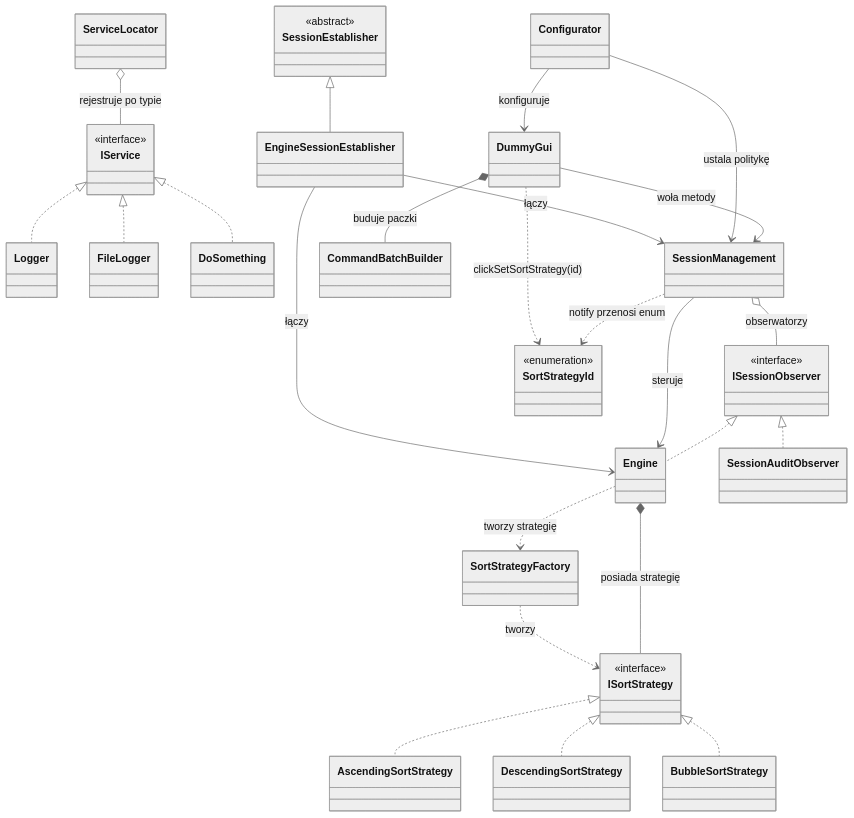
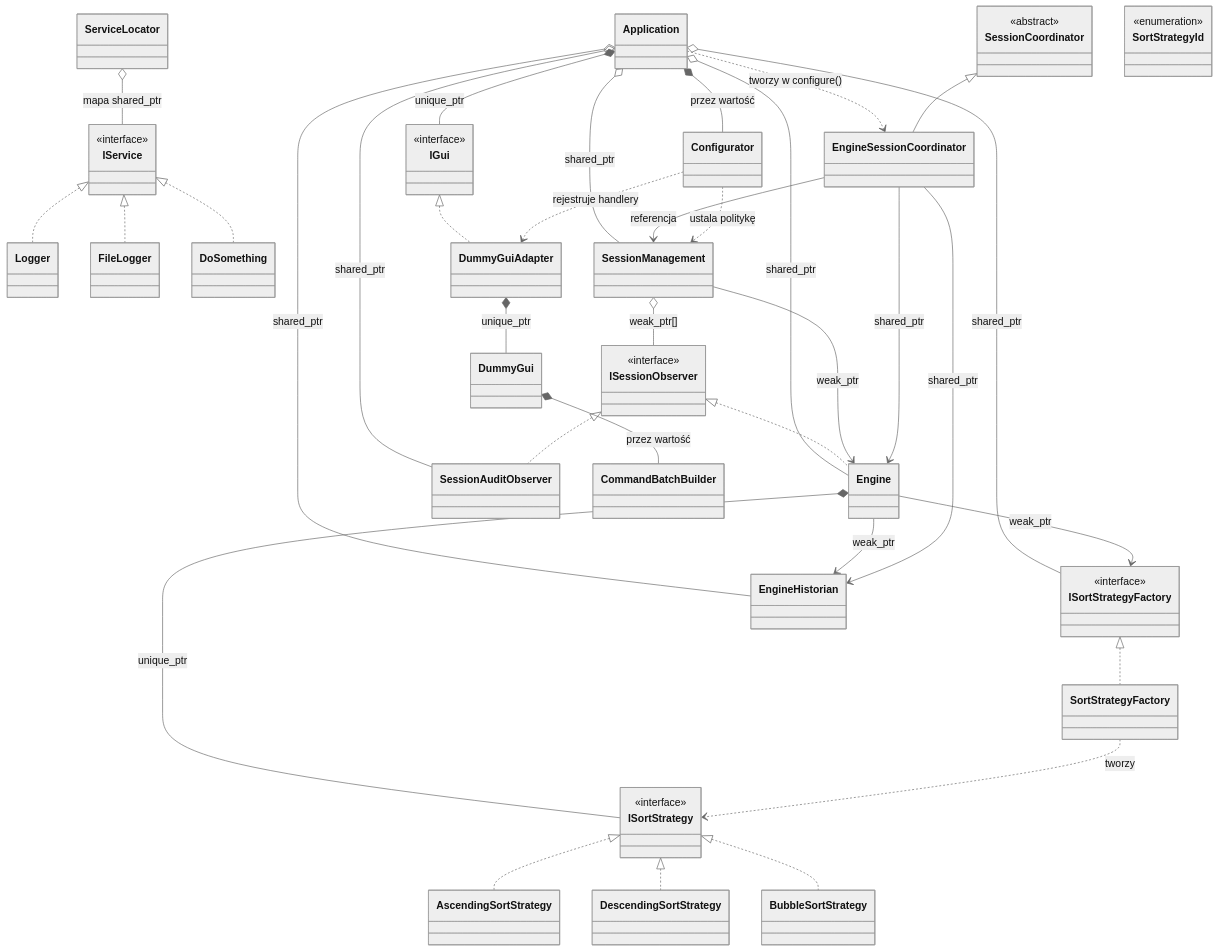
One commit to RyszardHalapacz/cpp-design-patterns-examples changed the diagram in docs/pl/_diagram/diagram_klas.md. Above: the diagram before and after it, drawn with Mermaid (neutral theme). The commit also changed other lines of this file and 3 other files, not shown here.

First line of the commit message:
docs: rewrite class and sequence diagrams to reflect current architecture

````diff
--- a/docs/pl/_diagram/diagram_klas.md
+++ b/docs/pl/_diagram/diagram_klas.md
@@ -14,16 +14,22 @@
 classDiagram
     direction TB
 
-    class IService { <<interface>> }
-    class ISessionObserver { <<interface>> }
-    class ISortStrategy { <<interface>> }
-    class SessionEstablisher { <<abstract>> }
+    %% ─── Interfejsy / klasy abstrakcyjne ───────────────────────────────────────
+    class IService            { <<interface>> }
+    class ISessionObserver    { <<interface>> }
+    class ISortStrategy       { <<interface>> }
+    class ISortStrategyFactory{ <<interface>> }
+    class IGui                { <<interface>> }
+    class SessionCoordinator  { <<abstract>> }
 
+    %% ─── Klasy konkretne ────────────────────────────────────────────────────────
+    class Application
     class Logger
     class FileLogger
     class DoSomething
     class ServiceLocator
     class Engine
+    class EngineHistorian
     class SessionAuditObserver
     class SessionManagement
     class AscendingSortStrategy
@@ -31,49 +37,70 @@
     class BubbleSortStrategy
     class SortStrategyFactory
     class DummyGui
+    class DummyGuiAdapter
     class CommandBatchBuilder
     class Configurator
-    class EngineSessionEstablisher
+    class EngineSessionCoordinator
     class SortStrategyId { <<enumeration>> }
 
+    %% ─── Application: korzeń grafu obiektów ────────────────────────────────────
+    Application *-- IGui                  : unique_ptr
+    Application *-- Configurator          : przez wartość
+    Application o-- Engine                : shared_ptr
+    Application o-- ISortStrategyFactory  : shared_ptr
+    Application o-- EngineHistorian       : shared_ptr
+    Application o-- SessionManagement     : shared_ptr
+    Application o-- SessionAuditObserver  : shared_ptr
+    Application ..> EngineSessionCoordinator : tworzy w configure()
+
+    %% ─── Usługi (ServiceLocator) ────────────────────────────────────────────────
     IService <|.. Logger
     IService <|.. FileLogger
     IService <|.. DoSomething
-    ServiceLocator o-- IService : rejestruje po typie
+    ServiceLocator o-- IService : mapa shared_ptr
 
+    %% ─── Wzorzec Observer ───────────────────────────────────────────────────────
     ISessionObserver <|.. Engine
     ISessionObserver <|.. SessionAuditObserver
-    SessionManagement o-- ISessionObserver : obserwatorzy
-    SessionManagement --> Engine : steruje
-    SessionManagement ..> SortStrategyId : notify przenosi enum
+    SessionManagement o-- ISessionObserver : weak_ptr[]
+    SessionManagement --> Engine           : weak_ptr
 
+    %% ─── Strategia + Fabryka ────────────────────────────────────────────────────
     ISortStrategy <|.. AscendingSortStrategy
     ISortStrategy <|.. DescendingSortStrategy
     ISortStrategy <|.. BubbleSortStrategy
-    Engine *-- ISortStrategy : posiada strategię
-    Engine ..> SortStrategyFactory : tworzy strategię
+    Engine *-- ISortStrategy         : unique_ptr
+    Engine --> ISortStrategyFactory  : weak_ptr
+    Engine --> EngineHistorian       : weak_ptr
+    ISortStrategyFactory <|.. SortStrategyFactory
     SortStrategyFactory ..> ISortStrategy : tworzy
 
-    DummyGui --> SessionManagement : woła metody
-    DummyGui *-- CommandBatchBuilder : buduje paczki
-    DummyGui ..> SortStrategyId : clickSetSortStrategy(id)
+    %% ─── Wzorzec Adapter ────────────────────────────────────────────────────────
+    IGui <|.. DummyGuiAdapter
+    DummyGuiAdapter *-- DummyGui        : unique_ptr
+    DummyGui *-- CommandBatchBuilder    : przez wartość
 
-    Configurator --> DummyGui : konfiguruje
-    Configurator --> SessionManagement : ustala politykę
+    %% ─── Metoda Szablonowa ──────────────────────────────────────────────────────
+    SessionCoordinator <|-- EngineSessionCoordinator
+    EngineSessionCoordinator --> SessionManagement   : referencja
+    EngineSessionCoordinator --> Engine              : shared_ptr
+    EngineSessionCoordinator --> EngineHistorian     : shared_ptr
 
-    SessionEstablisher <|-- EngineSessionEstablisher
-    EngineSessionEstablisher --> SessionManagement : łączy
-    EngineSessionEstablisher --> Engine : łączy
+    %% ─── Configurator ───────────────────────────────────────────────────────────
+    Configurator ..> DummyGuiAdapter   : rejestruje handlery
+    Configurator ..> SessionManagement : ustala politykę
 
     classDef interfaceStyle fill:#EEEDFE,stroke:#7F77DD,color:#26215C
-    classDef serviceStyle fill:#E1F5EE,stroke:#0F6E56,color:#0B3D30
-    classDef coreStyle fill:#FAECE7,stroke:#D85A30,color:#4A1B0C
-    classDef guiStyle fill:#FFF6DE,stroke:#C08A00,color:#4A3900
-    classDef newStyle fill:#FDE8D7,stroke:#B8551A,color:#5C2A0D
+    classDef serviceStyle   fill:#E1F5EE,stroke:#0F6E56,color:#0B3D30
+    classDef coreStyle      fill:#FAECE7,stroke:#D85A30,color:#4A1B0C
+    classDef guiStyle       fill:#FFF6DE,stroke:#C08A00,color:#4A3900
+    classDef appStyle       fill:#E8F4FD,stroke:#2980B9,color:#1A3A4A
+    classDef newStyle       fill:#FDE8D7,stroke:#B8551A,color:#5C2A0D
 
-    cssClass "IService,ISessionObserver,ISortStrategy,SessionEstablisher" interfaceStyle
+    cssClass "IService,ISessionObserver,ISortStrategy,ISortStrategyFactory,IGui,SessionCoordinator" interfaceStyle
     cssClass "Logger,FileLogger,DoSomething,ServiceLocator" serviceStyle
-    cssClass "Engine,SessionManagement,SessionAuditObserver,EngineSessionEstablisher" coreStyle
-    cssClass "DummyGui,Configurator,CommandBatchBuilder,AscendingSortStrategy,DescendingSortStrategy,BubbleSortStrategy" guiStyle
+    cssClass "Engine,SessionManagement,SessionAuditObserver,EngineSessionCoordinator,EngineHistorian" coreStyle
+    cssClass "DummyGui,DummyGuiAdapter,Configurator,CommandBatchBuilder,AscendingSortStrategy,DescendingSortStrategy,BubbleSortStrategy" guiStyle
+    cssClass "Application" appStyle
     cssClass "SortStrategyFactory,SortStrategyId" newStyle
 ```
````
